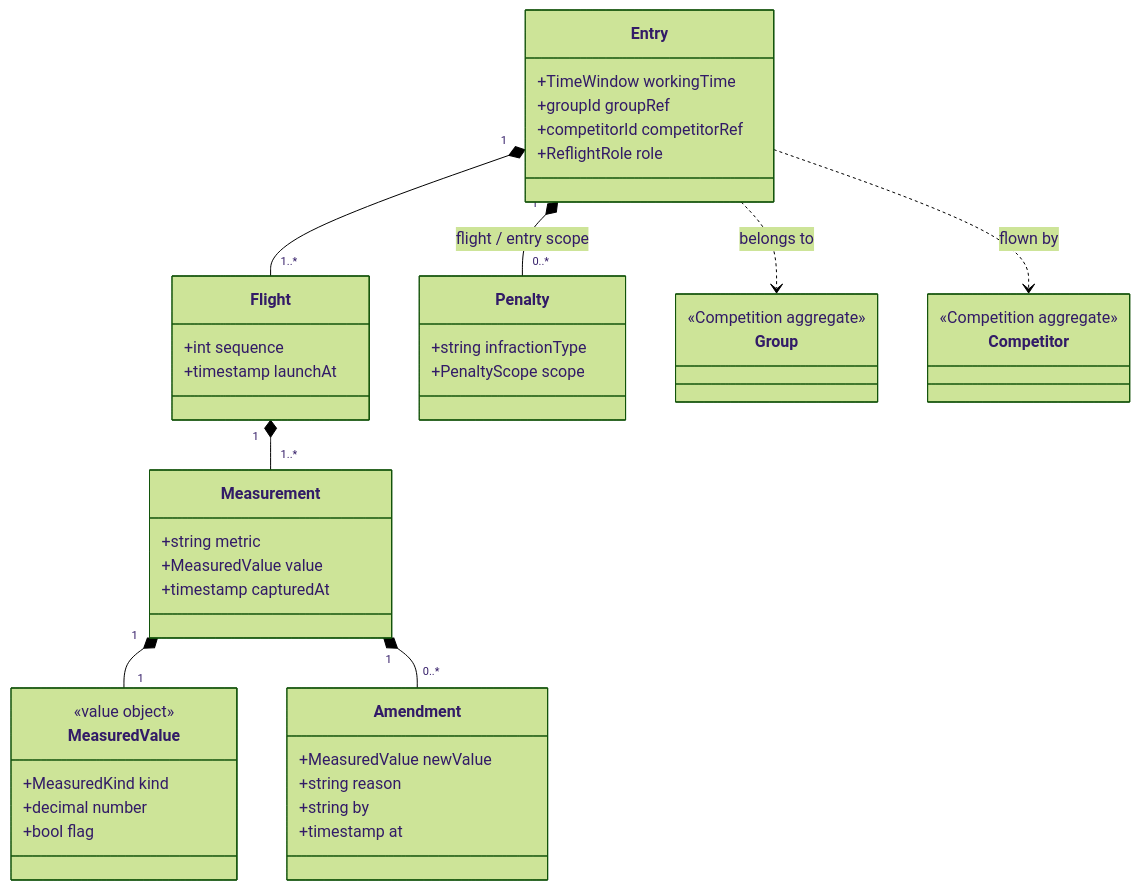
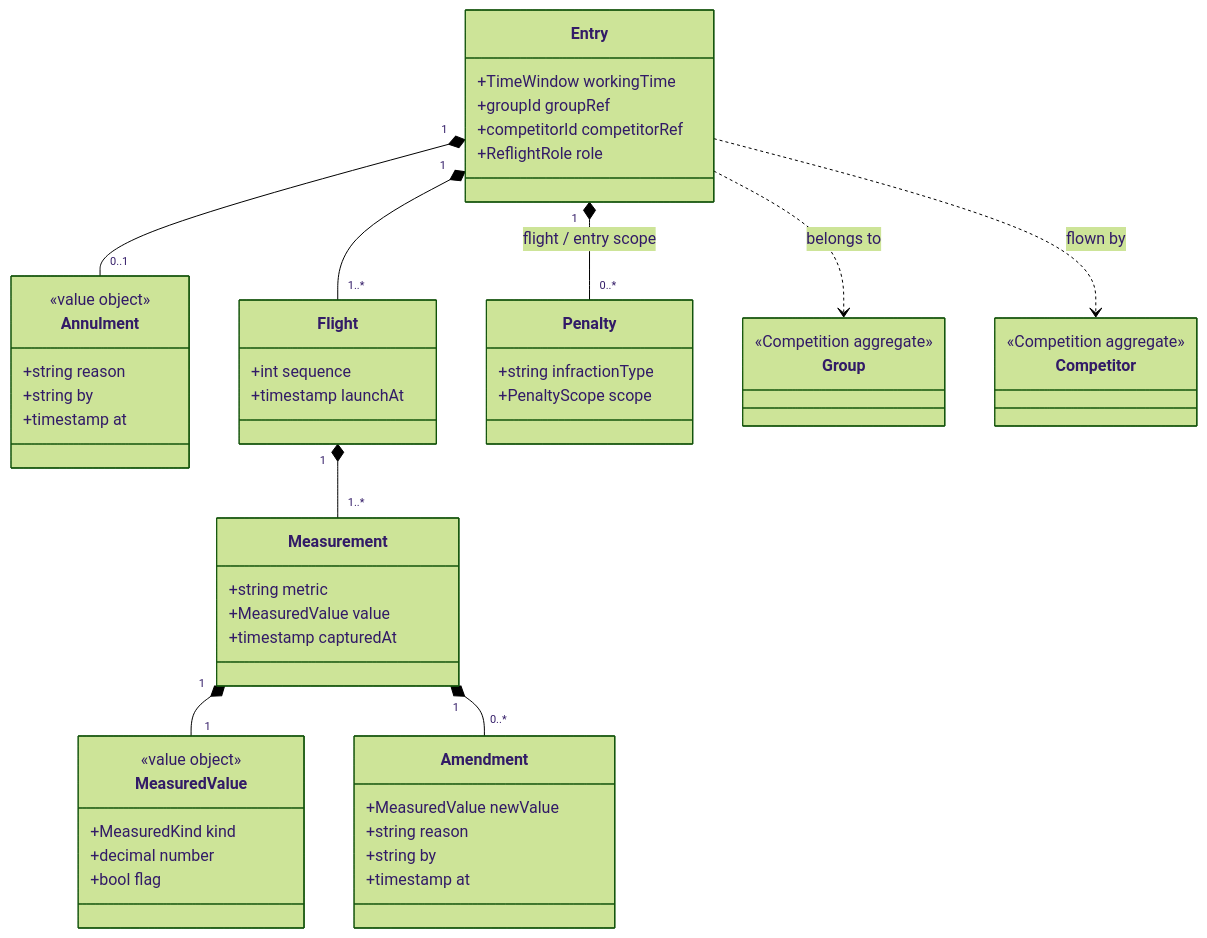
The fourth of 5 diagrams in docs/aggregate-roots.md (petegee/Soarscore2), drawn with Mermaid (forest theme) before and after one commit. The commit also changed other lines of this file and 5 other files, not shown here.

````diff
--- a/docs/aggregate-roots.md
+++ b/docs/aggregate-roots.md
@@ -352,55 +360,62 @@
 ```mermaid
 classDiagram
     direction TB
     class Entry {
         +TimeWindow workingTime
         +groupId groupRef
         +competitorId competitorRef
         +ReflightRole role
+    }
+    class Annulment {
+        <<value object>>
+        +string reason
+        +string by
+        +timestamp at
     }
     class Flight {
         +int sequence
         +timestamp launchAt
     }
     class Measurement {
         +string metric
         +MeasuredValue value
         +timestamp capturedAt
     }
     class MeasuredValue {
         <<value object>>
         +MeasuredKind kind
         +decimal number
         +bool flag
     }
     class Amendment {
         +MeasuredValue newValue
         +string reason
         +string by
         +timestamp at
     }
     class Penalty {
         +string infractionType
         +PenaltyScope scope
     }
     class Group {
         <<Competition aggregate>>
     }
     class Competitor {
         <<Competition aggregate>>
     }
 
+    Entry "1" *-- "0..1" Annulment
     Entry "1" *-- "1..*" Flight
     Flight "1" *-- "1..*" Measurement
     Measurement "1" *-- "1" MeasuredValue
     Measurement "1" *-- "0..*" Amendment
     Entry "1" *-- "0..*" Penalty : flight / entry scope
 
     Entry ..> Group : belongs to
     Entry ..> Competitor : flown by
 
     classDef root fill:#FFE873,stroke:#E5B700,stroke-width:2px,color:#1A1A1A
     classDef external fill:#EEEEEE,stroke:#BDBDBD,stroke-width:1px,color:#555
     cssClass "Entry" root
     cssClass "Group,Competitor" external
 ```
````
